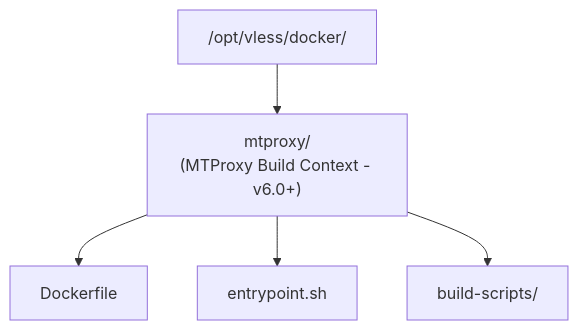
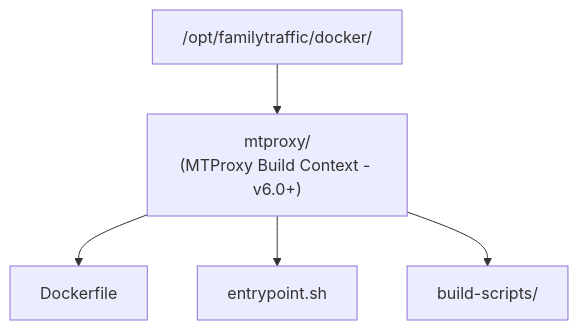
One commit to ikeniborn/vless changed the ninth of 10 diagrams in docs/architecture/diagrams/deployment/filesystem-layout.md. Above: the diagram before and after it, drawn with Mermaid. The commit also changed other lines of this file and 66 other files, not shown here.

First line of the commit message:
refactor(rename): replace old project name 'vless' with 'familytraffic'

````diff
--- a/docs/architecture/diagrams/deployment/filesystem-layout.md
+++ b/docs/architecture/diagrams/deployment/filesystem-layout.md
@@ -334,12 +334,12 @@
 ```mermaid
 graph TB
-    DockerDir["/opt/vless/docker/"]
+    DockerDir["/opt/familytraffic/docker/"]
 
     MTProxyContext["mtproxy/<br/>(MTProxy Build Context - v6.0+)"]
 
     DockerDir --> MTProxyContext
 
     MTProxyContext --> Dockerfile["Dockerfile"]
     MTProxyContext --> EntryScript["entrypoint.sh"]
     MTProxyContext --> BuildScripts["build-scripts/"]
 ```
````
